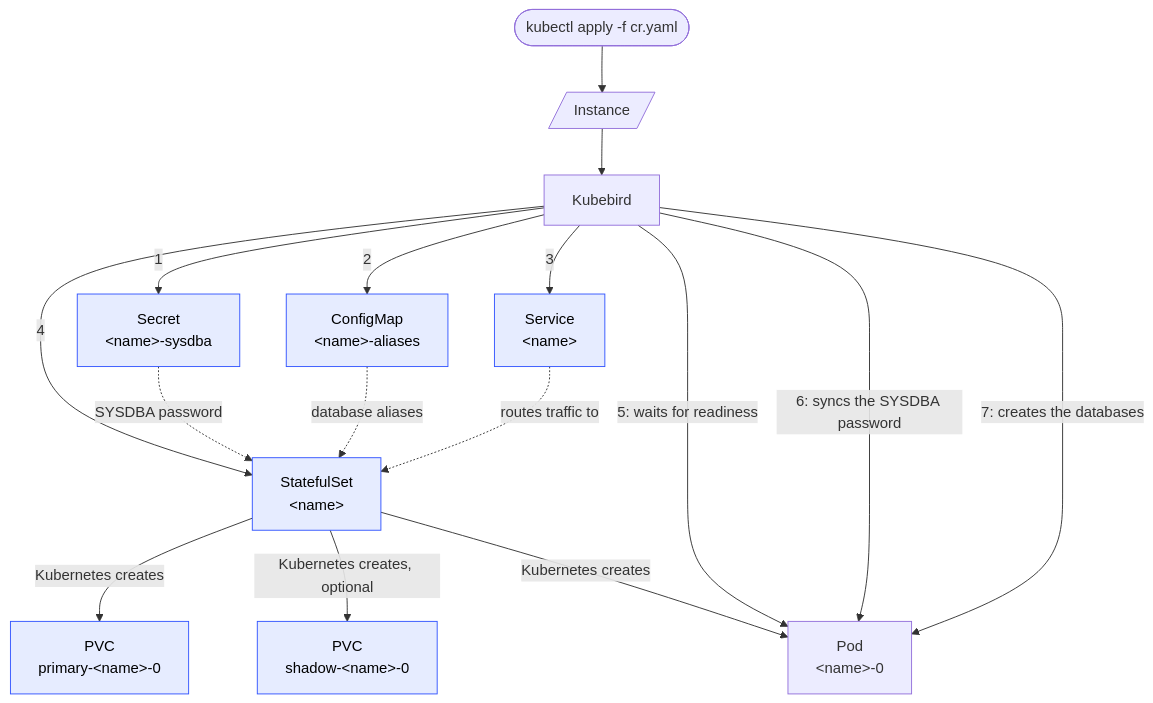
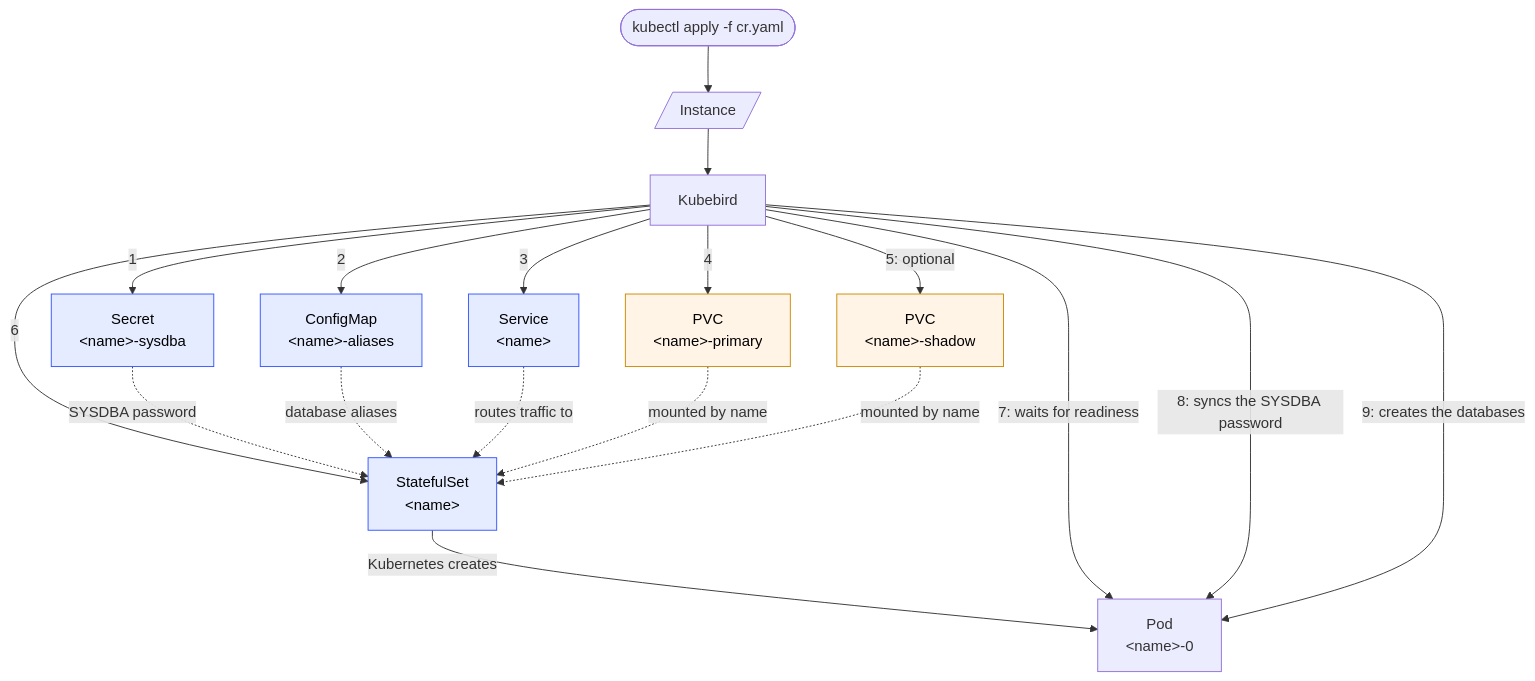
One commit to henryx/kubebird changed the diagram in README.md. Above: the diagram before and after it, drawn with Mermaid. The commit also changed other lines of this file and 7 other files, not shown here.

Commit message:
Changed PVC name

````diff
--- a/README.md
+++ b/README.md
@@ -80,25 +81,29 @@
 ```mermaid
 flowchart TD
     User(["kubectl apply -f cr.yaml"]) --> CR[/"Instance"/]
     CR --> Kubebird["Kubebird"]
 
     Kubebird -->|"1"| Secret["Secret<br/>&lt;name&gt;-sysdba"]
     Kubebird -->|"2"| CM["ConfigMap<br/>&lt;name&gt;-aliases"]
     Kubebird -->|"3"| Service["Service<br/>&lt;name&gt;"]
-    Kubebird -->|"4"| STS["StatefulSet<br/>&lt;name&gt;"]
+    Kubebird -->|"4"| PVCPrimary["PVC<br/>&lt;name&gt;-primary"]
+    Kubebird -->|"5: optional"| PVCShadow["PVC<br/>&lt;name&gt;-shadow"]
+    Kubebird -->|"6"| STS["StatefulSet<br/>&lt;name&gt;"]
 
     Secret -.->|SYSDBA password| STS
     CM -.->|database aliases| STS
     Service -.->|routes traffic to| STS
+    PVCPrimary -.->|mounted by name| STS
+    PVCShadow -.->|mounted by name| STS
 
-    STS -->|Kubernetes creates| PVCPrimary["PVC<br/>primary-&lt;name&gt;-0"]
-    STS -->|"Kubernetes creates, optional"| PVCShadow["PVC<br/>shadow-&lt;name&gt;-0"]
     STS -->|Kubernetes creates| Pod["Pod<br/>&lt;name&gt;-0"]
 
-    Kubebird -->|"5: waits for readiness"| Pod
-    Kubebird -->|"6: syncs the SYSDBA password"| Pod
-    Kubebird -->|"7: creates the databases"| Pod
+    Kubebird -->|"7: waits for readiness"| Pod
+    Kubebird -->|"8: syncs the SYSDBA password"| Pod
+    Kubebird -->|"9: creates the databases"| Pod
 
     classDef owned fill:#e6ecff,stroke:#3355ff,color:#000
-    class Secret,CM,Service,STS,PVCPrimary,PVCShadow owned
+    class Secret,CM,Service,STS owned
+    classDef unowned fill:#fff4e6,stroke:#cc8800,color:#000
+    class PVCPrimary,PVCShadow unowned
 ```
````
